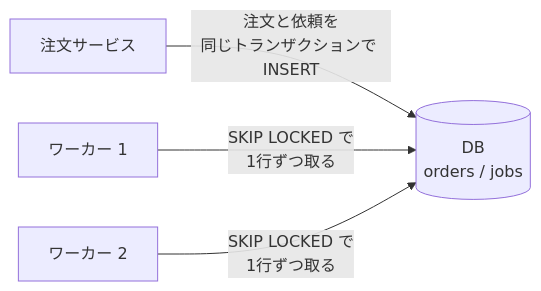
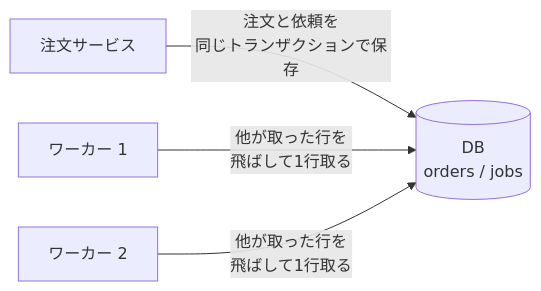
Before and after one commit to t-inoue0214/starter-web-async: the fourth of 5 diagrams in chapters/02-async-alternatives.md, drawn with Mermaid. The commit also changed other lines of this file and 96 other files, not shown here.

````diff
--- a/chapters/02-async-alternatives.md
+++ b/chapters/02-async-alternatives.md
@@ -442,6 +225,6 @@
 ```mermaid
 flowchart LR
-    O[注文サービス] -->|"注文と依頼を<br>同じトランザクションで INSERT"| DB[(DB<br>orders / jobs)]
-    W1[ワーカー 1] -->|"SKIP LOCKED で<br>1行ずつ取る"| DB
-    W2[ワーカー 2] -->|"SKIP LOCKED で<br>1行ずつ取る"| DB
+    O[注文サービス] -->|"注文と依頼を<br>同じトランザクションで保存"| DB[(DB<br>orders / jobs)]
+    W1[ワーカー 1] -->|"他が取った行を<br>飛ばして1行取る"| DB
+    W2[ワーカー 2] -->|"他が取った行を<br>飛ばして1行取る"| DB
 ```
````
